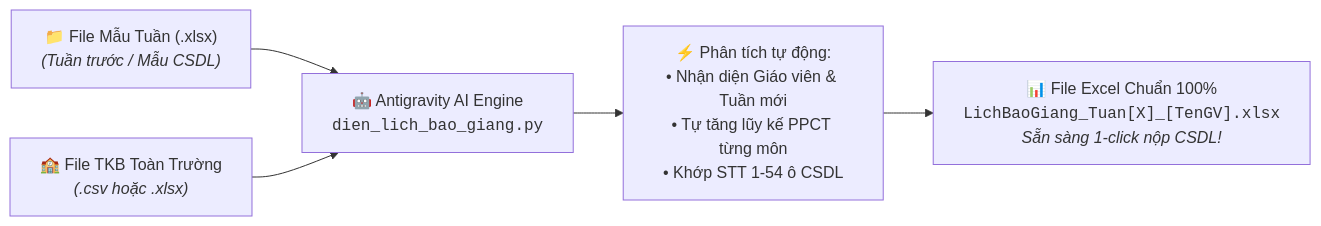
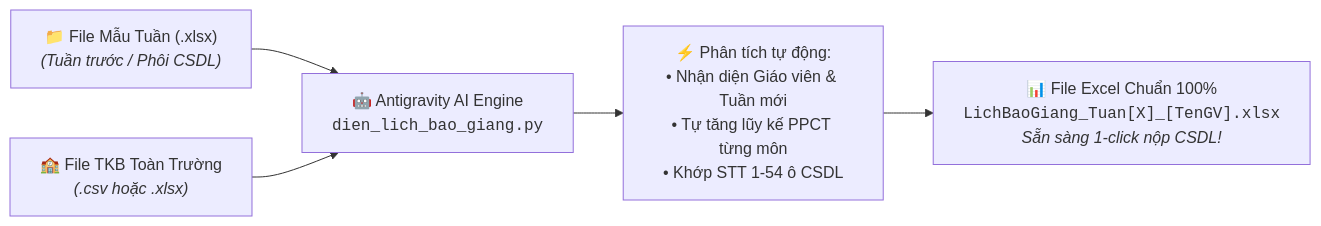
Before and after one commit to hungcnfree/lbg-dongnai: the diagram in skills/tu-dong-dien-lich-bao-giang/SKILL.md, drawn with Mermaid. The commit also changed other lines of this file and 1 other file, not shown here.

````diff
--- a/skills/tu-dong-dien-lich-bao-giang/SKILL.md
+++ b/skills/tu-dong-dien-lich-bao-giang/SKILL.md
@@ -29,7 +29,7 @@
 ```mermaid
 flowchart LR
-    A["📁 File Mẫu Tuần (.xlsx)<br><i>(Tuần trước / Mẫu CSDL)</i>"] --> C["🤖 Antigravity AI Engine<br><code>dien_lich_bao_giang.py</code>"]
+    A["📁 File Mẫu Tuần (.xlsx)<br><i>(Tuần trước / Phôi CSDL)</i>"] --> C["🤖 Antigravity AI Engine<br><code>dien_lich_bao_giang.py</code>"]
     B["🏫 File TKB Toàn Trường<br><i>(.csv hoặc .xlsx)</i>"] --> C
     C --> D["⚡ Phân tích tự động:<br>• Nhận diện Giáo viên & Tuần mới<br>• Tự tăng lũy kế PPCT từng môn<br>• Khớp STT 1-54 ô CSDL"]
     D --> E["📊 File Excel Chuẩn 100%<br><code>LichBaoGiang_Tuan[X]_[TenGV].xlsx</code><br><i>Sẵn sàng 1-click nộp CSDL!</i>"]
 ```
````
